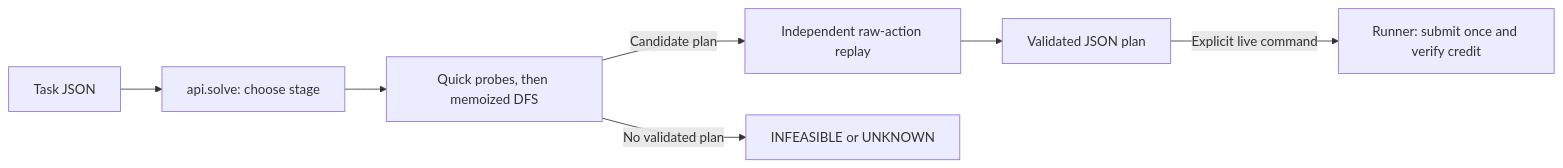
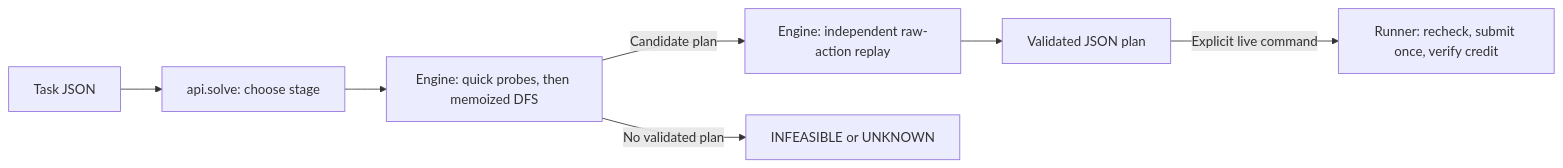
One commit to hhhhhusky777/blade_runner changed the first of 3 diagrams in README.md. Above: the diagram before and after it, drawn with Mermaid. The commit also changed other lines of this file and 17 other files, not shown here.

````diff
--- a/README.md
+++ b/README.md
@@ -69,9 +116,9 @@
 ```mermaid
 flowchart LR
     T[Task JSON] --> A[api.solve: choose stage]
-    A --> S[Quick probes, then memoized DFS]
-    S -->|Candidate plan| V[Independent raw-action replay]
+    A --> S[Engine: quick probes, then memoized DFS]
+    S -->|Candidate plan| V[Engine: independent raw-action replay]
     V --> P[Validated JSON plan]
     S -->|No validated plan| N[INFEASIBLE or UNKNOWN]
-    P -->|Explicit live command| R[Runner: submit once and verify credit]
+    P -->|Explicit live command| R[Runner: recheck, submit once, verify credit]
 ```
````
